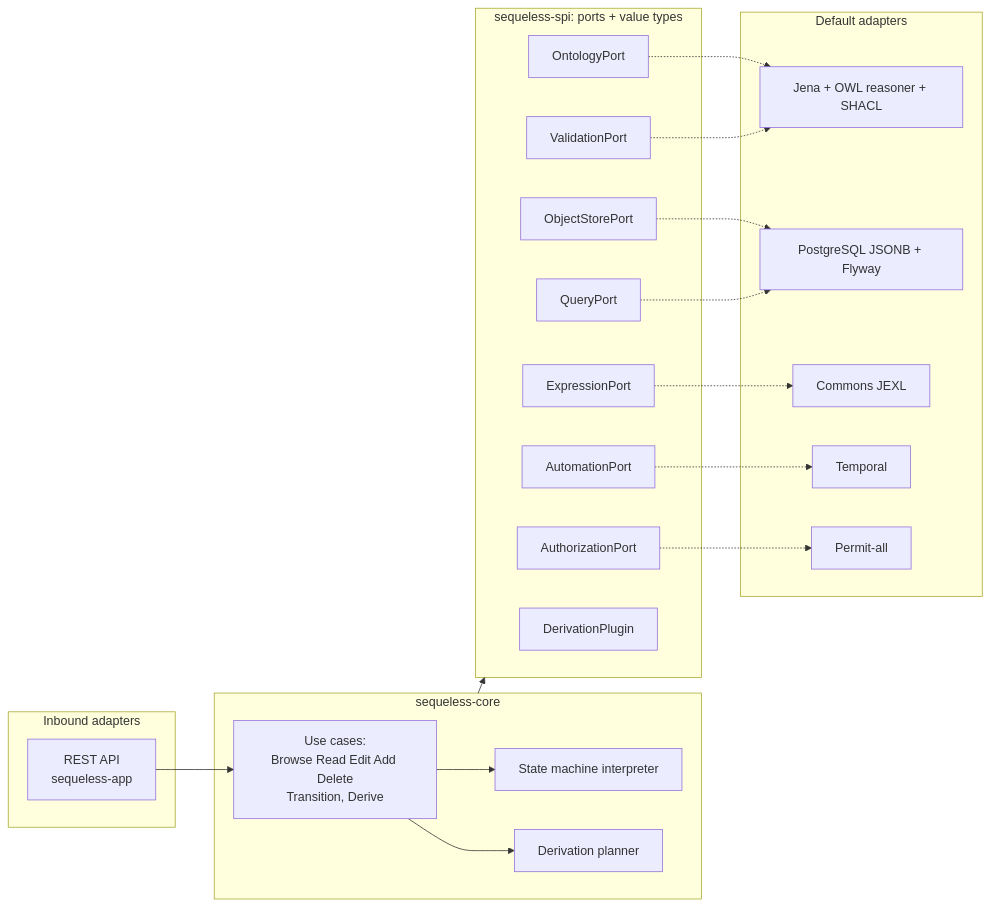
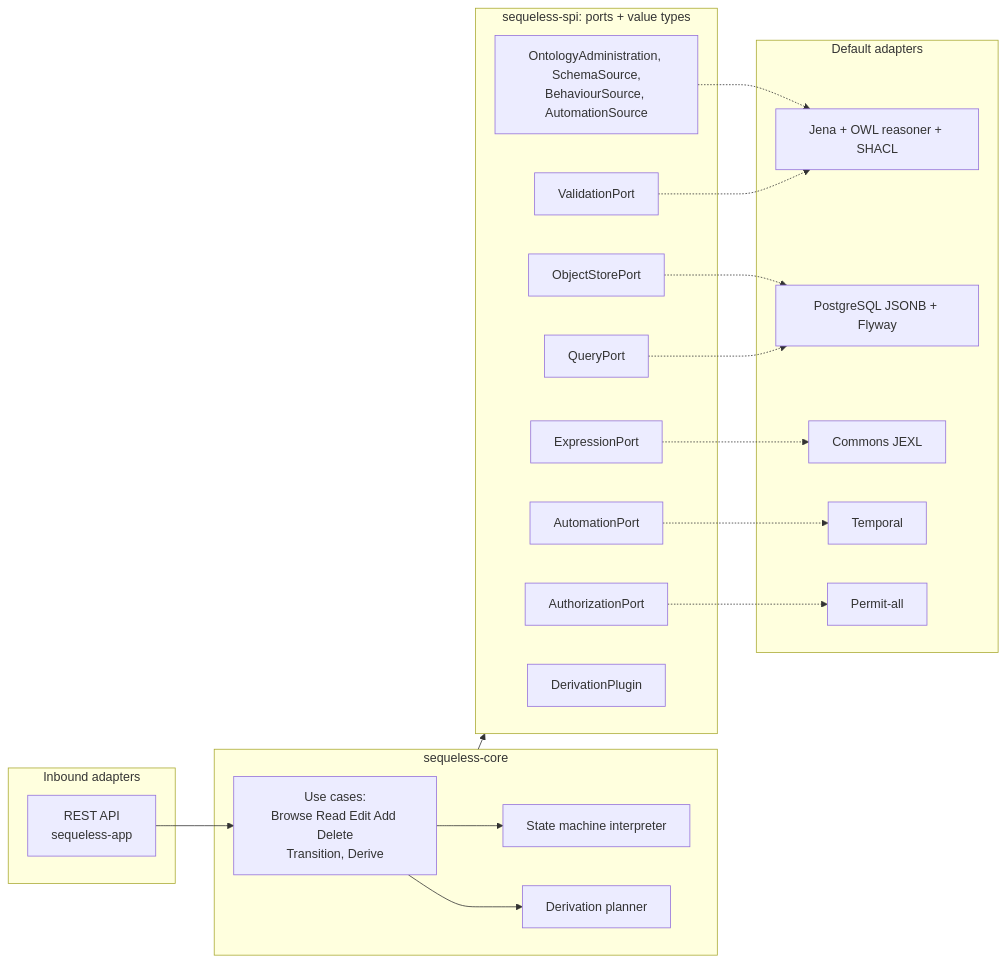
The diagram in docs/architecture/01-overview.md (sequeless/sequeless-prototype), drawn with Mermaid before and after one commit. The commit also changed other lines of this file and 2 other files, not shown here.

First line of the commit message:
docs(extraction): name the split ontology ports in README, overview and design preferences (#38)

````diff
--- a/docs/architecture/01-overview.md
+++ b/docs/architecture/01-overview.md
@@ -26,39 +26,39 @@
 ```mermaid
 flowchart LR
   subgraph inbound[Inbound adapters]
     REST[REST API<br/>sequeless-app]
   end
   subgraph core[sequeless-core]
     UC[Use cases:<br/>Browse Read Edit Add Delete<br/>Transition, Derive]
     SM[State machine interpreter]
     DV[Derivation planner]
   end
   subgraph spi[sequeless-spi: ports + value types]
-    P1[OntologyPort]
+    P1[OntologyAdministration, SchemaSource,<br/>BehaviourSource, AutomationSource]
     P2[ValidationPort]
     P3[ObjectStorePort]
     P4[QueryPort]
     P5[ExpressionPort]
     P6[AutomationPort]
     P7[AuthorizationPort]
     P8[DerivationPlugin]
   end
   subgraph adapters[Default adapters]
     A1[Jena + OWL reasoner + SHACL]
     A3[PostgreSQL JSONB + Flyway]
     A5[Commons JEXL]
     A6[Temporal]
     A7[Permit-all]
   end
   REST --> UC
   UC --> SM
   UC --> DV
   core --> spi
   P1 -.-> A1
   P2 -.-> A1
   P3 -.-> A3
   P4 -.-> A3
   P5 -.-> A5
   P6 -.-> A6
   P7 -.-> A7
 ```
````
